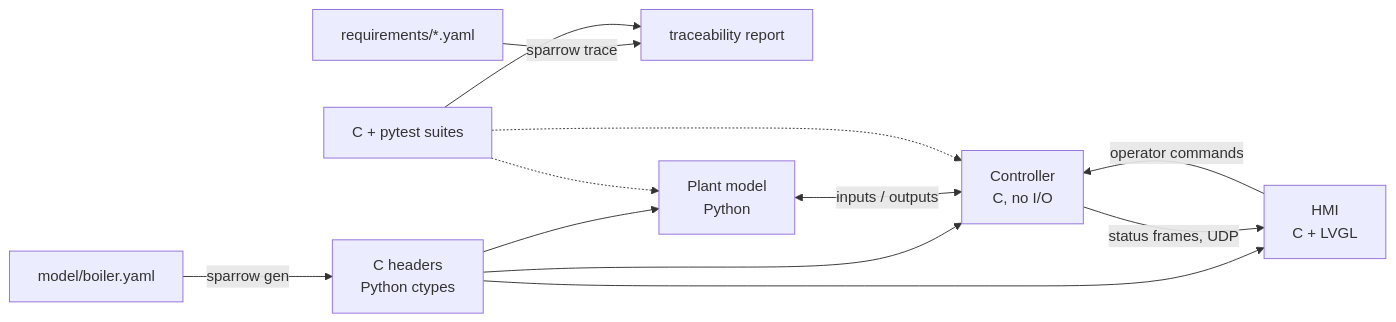
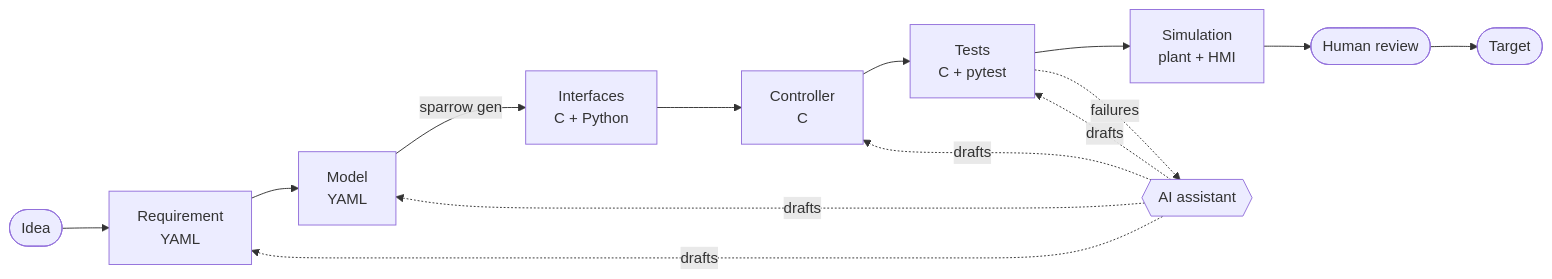
One commit to JGalego/Sparrow changed the diagram in README.md. Above: the diagram before and after it, drawn with Mermaid. The commit also changed other lines of this file and 2 other files, not shown here.

First line of the commit message:
Restructure README around the engineering workflow; stabilize ASan tests

````diff
--- a/README.md
+++ b/README.md
@@ -23,13 +25,12 @@
 ```mermaid
 flowchart LR
-    model[model/boiler.yaml] -->|sparrow gen| gen[C headers<br>Python ctypes]
-    reqs[requirements/*.yaml] -->|sparrow trace| trace[traceability report]
-    gen --> ctrl[Controller<br>C, no I/O]
-    gen --> plant[Plant model<br>Python]
-    gen --> hmi[HMI<br>C + LVGL]
-    plant <-->|inputs / outputs| ctrl
-    ctrl -->|status frames, UDP| hmi
-    hmi -->|operator commands| ctrl
-    tests[C + pytest suites] --> trace
-    tests -.-> ctrl & plant
+    idea([Idea]) --> req[Requirement<br>YAML]
+    req --> model[Model<br>YAML]
+    model -->|sparrow gen| iface[Interfaces<br>C + Python]
+    iface --> code[Controller<br>C]
+    code --> tests[Tests<br>C + pytest]
+    tests --> sim[Simulation<br>plant + HMI]
+    sim --> review([Human review]) --> deploy([Target])
+    ai{{AI assistant}} -.drafts.-> req & model & code & tests
+    tests -.failures.-> ai
 ```
````
